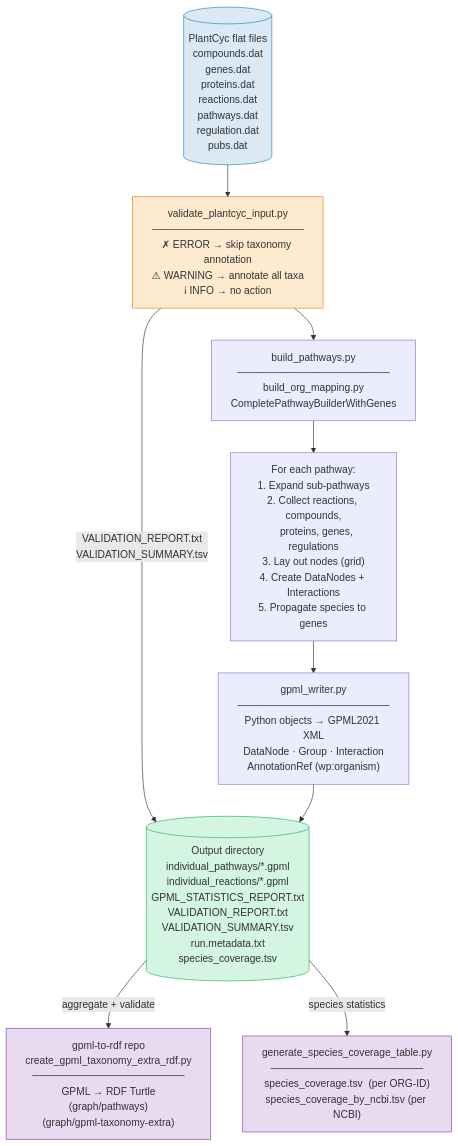
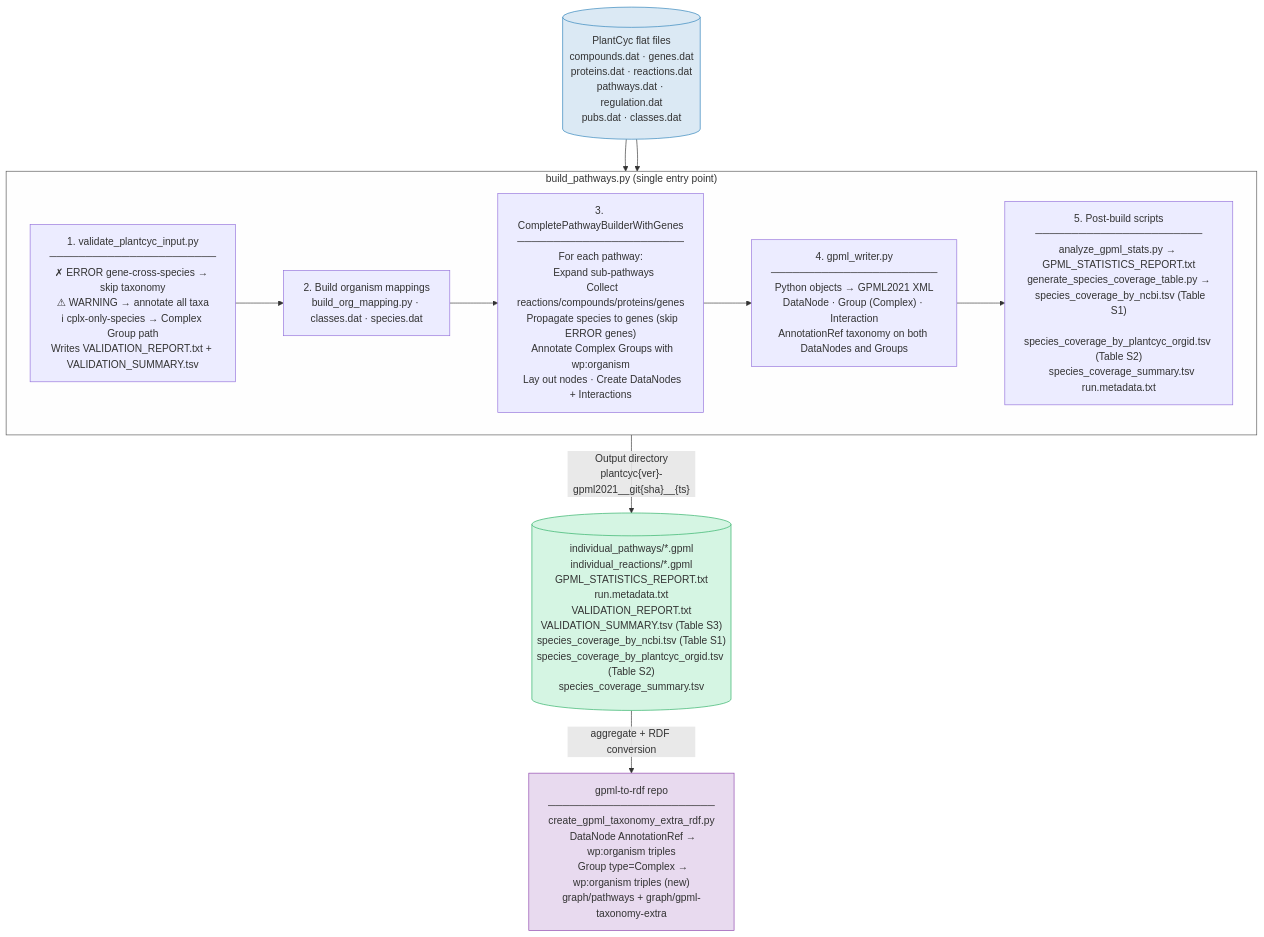
The diagram in README.md (pathway-lod/Cyc_to_wiki), drawn with Mermaid before and after one commit. The commit also changed other lines of this file and 2 other files, not shown here.

Commit message:
Fix absence reasons, add CPLX protein/component columns, update Mermaid
generate_species_coverage_table.py:
  - Clearer absence reason for compound-only taxa: 'Species annotates a compound
    in compounds.dat, but that compound is not part of any generated GPML pathway
    file' (previously misleading 'Compound-only annotation...')
  - cplx_lookup built from proteins.dat TYPES/SPECIES/COMPONENTS fields
  - _cplx_info_for_ncbi() returns cplx_protein_ids and cplx_component_ids
    for any NCBI row by looking up all its ORG-IDs in the CPLX lookup
  - species_coverage_by_ncbi.tsv: two new columns appended —
      cplx_protein_ids: semicolon-list of CPLX protein IDs for this taxon
      cplx_component_ids: semicolon-list of all monomer IDs inside those complexes
  - species_coverage_summary.tsv Section 3: now shows cplx_protein_ids and
    complex_component_ids for each CPLX-only taxon

README: updated Mermaid flowchart to reflect current single-entry-point
  pipeline structure with all 5 build stages inside build_pathways.py,
  correct output file list with new names, and gpml-to-rdf downstream.

````diff
--- a/README.md
+++ b/README.md
@@ -447,26 +447,26 @@
 ```mermaid
 flowchart TD
-    A[("PlantCyc flat files\ncompounds.dat\ngenes.dat\nproteins.dat\nreactions.dat\npathways.dat\nregulation.dat\npubs.dat")] --> V
+    A[("PlantCyc flat files\ncompounds.dat · genes.dat\nproteins.dat · reactions.dat\npathways.dat · regulation.dat\npubs.dat · classes.dat")] --> MAIN
 
-    V["validate_plantcyc_input.py\n─────────────────────\n✗ ERROR → skip taxonomy annotation\n⚠ WARNING → annotate all taxa\nℹ INFO → no action"] --> B
+    subgraph MAIN ["build_pathways.py  (single entry point)"]
+        V["1. validate_plantcyc_input.py\n───────────────────────\n✗ ERROR gene-cross-species → skip taxonomy\n⚠ WARNING → annotate all taxa\nℹ cplx-only-species → Complex Group path\nWrites VALIDATION_REPORT.txt + VALIDATION_SUMMARY.tsv"]
+        B["2. Build organism mappings\nbuild_org_mapping.py · classes.dat · species.dat"]
+        C["3. CompletePathwayBuilderWithGenes\n───────────────────────\nFor each pathway:\n  Expand sub-pathways\n  Collect reactions/compounds/proteins/genes\n  Propagate species to genes (skip ERROR genes)\n  Annotate Complex Groups with wp:organism\n  Lay out nodes · Create DataNodes + Interactions"]
+        D["4. gpml_writer.py\n───────────────────────\nPython objects → GPML2021 XML\nDataNode · Group (Complex) · Interaction\nAnnotationRef taxonomy on both DataNodes and Groups"]
+        S["5. Post-build scripts\n───────────────────────\nanalyze_gpml_stats.py → GPML_STATISTICS_REPORT.txt\ngenerate_species_coverage_table.py →\n  species_coverage_by_ncbi.tsv (Table S1)\n  species_coverage_by_plantcyc_orgid.tsv (Table S2)\n  species_coverage_summary.tsv\nrun.metadata.txt"]
+        V --> B --> C --> D --> S
+    end
 
-    V -->|"VALIDATION_REPORT.txt\nVALIDATION_SUMMARY.tsv"| OUT
+    A --> MAIN
 
-    B["build_pathways.py\n─────────────────────\nbuild_org_mapping.py\nCompletePathwayBuilderWithGenes"] --> C
+    MAIN -->|"Output directory\nplantcyc{ver}-gpml2021__git{sha}__{ts}"| OUT
 
-    C["For each pathway:\n1. Expand sub-pathways\n2. Collect reactions, compounds,\n   proteins, genes, regulations\n3. Lay out nodes (grid)\n4. Create DataNodes + Interactions\n5. Propagate species to genes"] --> D
+    OUT[("individual_pathways/*.gpml\nindividual_reactions/*.gpml\nGPML_STATISTICS_REPORT.txt\nrun.metadata.txt\nVALIDATION_REPORT.txt\nVALIDATION_SUMMARY.tsv (Table S3)\nspecies_coverage_by_ncbi.tsv (Table S1)\nspecies_coverage_by_plantcyc_orgid.tsv (Table S2)\nspecies_coverage_summary.tsv")]
 
-    D["gpml_writer.py\n─────────────────────\nPython objects → GPML2021 XML\nDataNode · Group · Interaction\nAnnotationRef (wp:organism)"] --> OUT
-
-    OUT[("Output directory\nindividual_pathways/*.gpml\nindividual_reactions/*.gpml\nGPML_STATISTICS_REPORT.txt\nVALIDATION_REPORT.txt\nVALIDATION_SUMMARY.tsv\nrun.metadata.txt\nspecies_coverage.tsv")]
-
-    OUT -->|"aggregate + validate"| E["gpml-to-rdf repo\ncreate_gpml_taxonomy_extra_rdf.py\n─────────────────────\nGPML → RDF Turtle\n(graph/pathways)\n(graph/gpml-taxonomy-extra)"]
-
-    OUT -->|"species statistics"| F["generate_species_coverage_table.py\n─────────────────────\nspecies_coverage.tsv  (per ORG-ID)\nspecies_coverage_by_ncbi.tsv (per NCBI)"]
+    OUT -->|"aggregate + RDF conversion"| E["gpml-to-rdf repo\n───────────────────────\ncreate_gpml_taxonomy_extra_rdf.py\n  DataNode AnnotationRef → wp:organism triples\n  Group type=Complex → wp:organism triples (new)\ngraph/pathways + graph/gpml-taxonomy-extra"]
 
     style A fill:#dbe9f4,stroke:#2980b9
     style OUT fill:#d5f5e3,stroke:#27ae60
-    style V fill:#fdebd0,stroke:#e67e22
     style E fill:#e8daef,stroke:#8e44ad
-    style F fill:#e8daef,stroke:#8e44ad
+    style MAIN fill:#fefefe,stroke:#555
 ```
````
